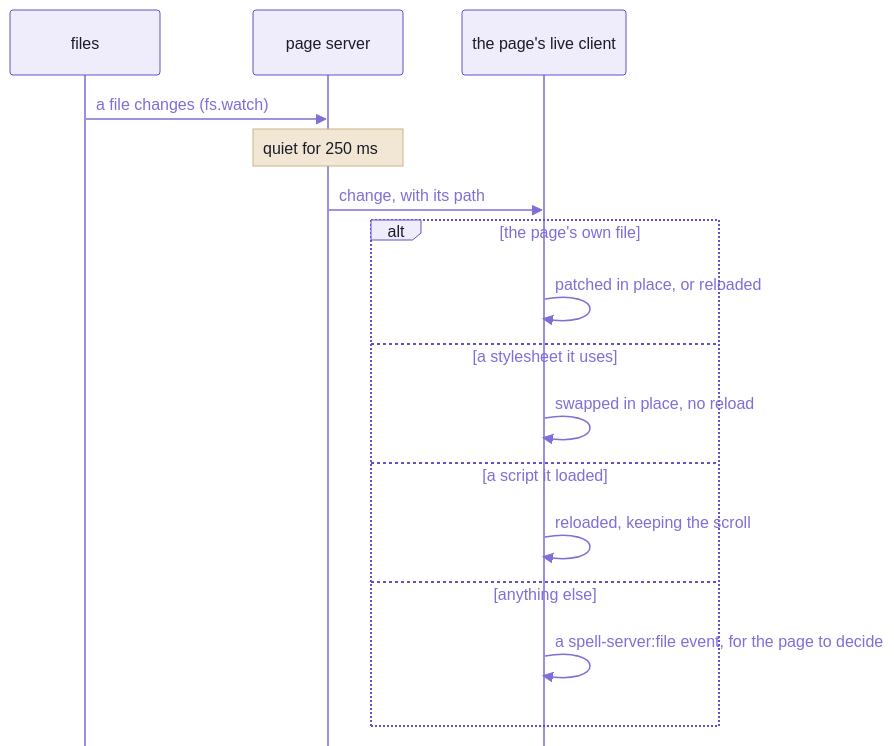
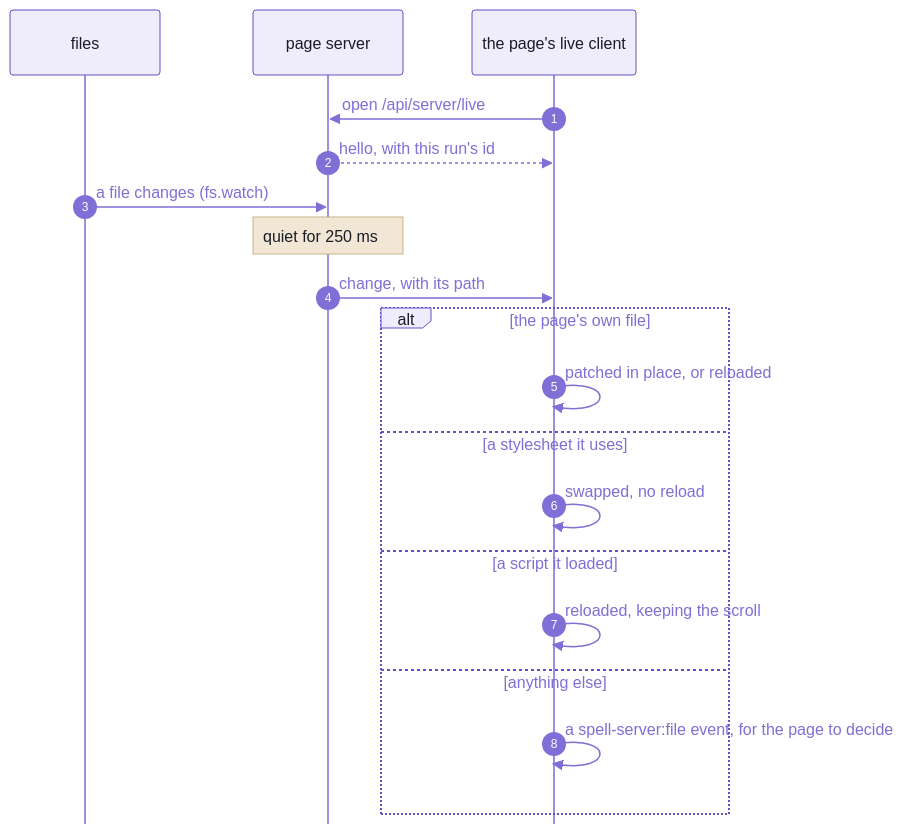
One commit to spell-app/spell changed the third of 6 diagrams in README-server.md. Above: the diagram before and after it, drawn with Mermaid. The commit also changed other lines of this file and 12 other files, not shown here.

````diff
--- a/README-server.md
+++ b/README-server.md
@@ -89,19 +233,22 @@
 ```mermaid
 %%{init: {"theme":"base","themeVariables":{"fontFamily":"-apple-system, BlinkMacSystemFont, Segoe UI, Helvetica, Arial, sans-serif","fontSize":"15px","primaryColor":"#EFECFB","primaryBorderColor":"#6550CA","primaryTextColor":"#1A1C27","secondaryColor":"#F4F1E9","tertiaryColor":"#F7F6FC","lineColor":"#7F6FD6","textColor":"#7F6FD6","clusterBkg":"#F7F6FC","clusterBorder":"#B9B0E8","titleColor":"#1A1C27","edgeLabelBackground":"#F7F6FC","actorBkg":"#EFECFB","actorBorder":"#6550CA","actorTextColor":"#1A1C27","actorLineColor":"#9C90DE","signalColor":"#7F6FD6","signalTextColor":"#7F6FD6","labelBoxBkgColor":"#EFECFB","labelBoxBorderColor":"#6550CA","labelTextColor":"#1A1C27","loopTextColor":"#7F6FD6","noteBkgColor":"#F1E7D4","noteBorderColor":"#C9B48A","noteTextColor":"#1A1C27","activationBkgColor":"#DCD6F7","activationBorderColor":"#6550CA","sequenceNumberColor":"#FFFFFF"},"sequence":{"mirrorActors":false,"messageAlign":"left","noteAlign":"left"}}}%%
 sequenceDiagram
+  autonumber
   participant disk as files
   participant server as page server
   participant page as the page's live client
+  page->>server: open /api/server/live
+  server-->>page: hello, with this run's id
   disk->>server: a file changes (fs.watch)
   Note over server: quiet for 250 ms
   server->>page: change, with its path
   alt the page's own file
     page->>page: patched in place, or reloaded
   else a stylesheet it uses
-    page->>page: swapped in place, no reload
+    page->>page: swapped, no reload
   else a script it loaded
     page->>page: reloaded, keeping the scroll
   else anything else
     page->>page: a spell-server:file event, for the page to decide
   end
 ```
````
